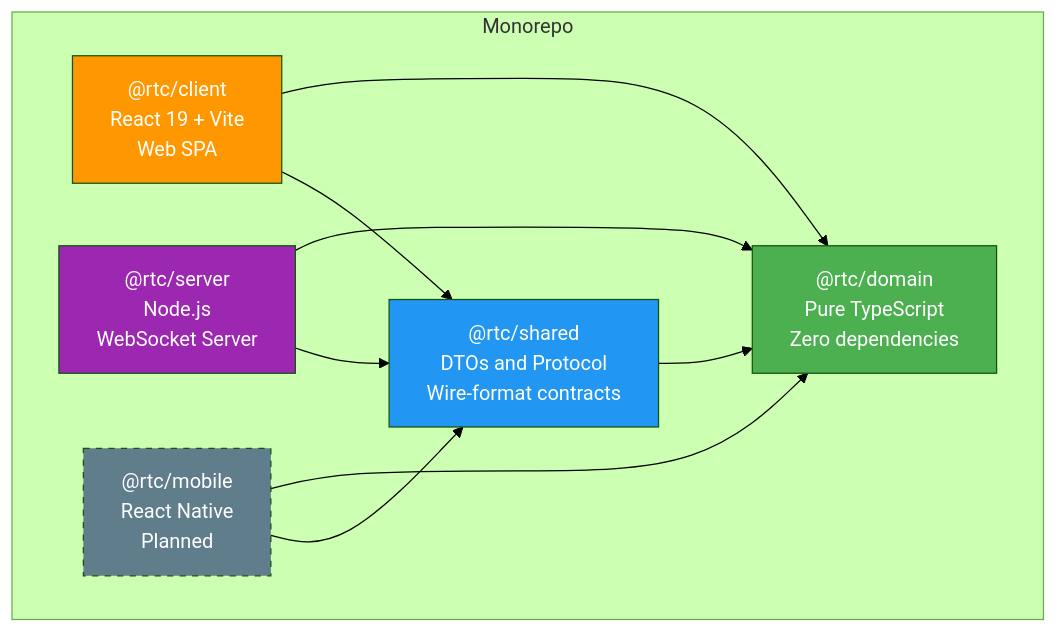
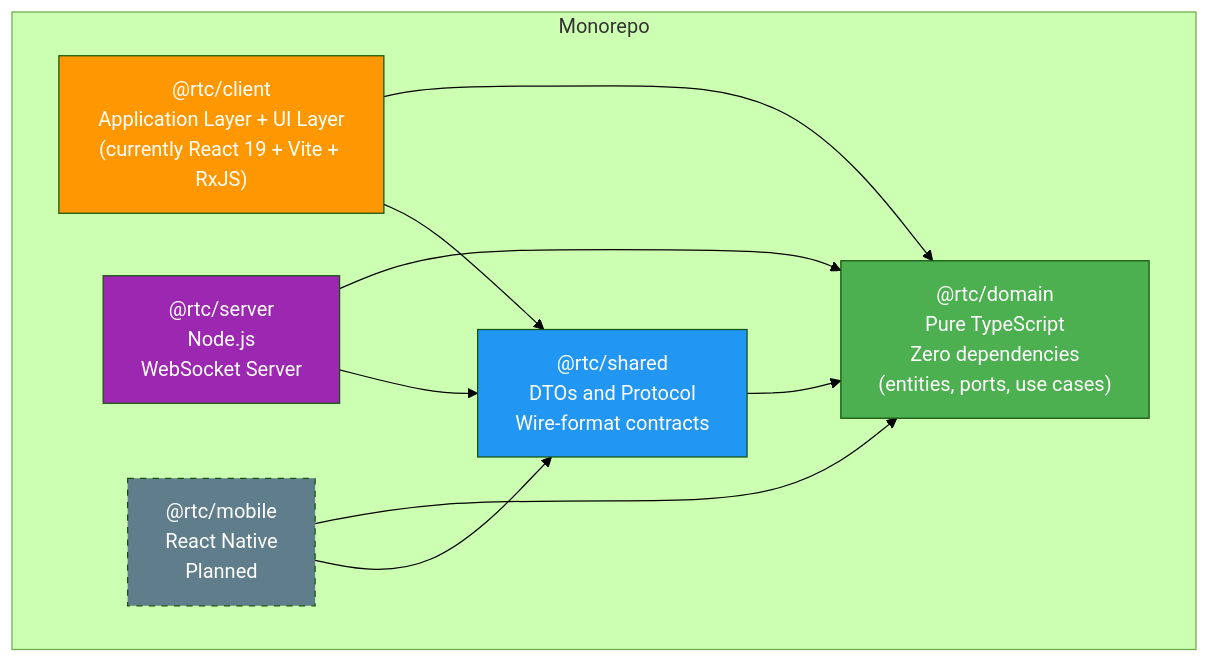
Diagram 18 of 18 in docs/architecture.md (bettersoftware-io/ReactiveTraderCloudClone), drawn with Mermaid (forest theme) before and after one commit. The commit also changed other lines of this file, not shown here.

First line of the commit message:
Revise architecture.md for stricter clean-architecture alignment

````diff
--- a/docs/architecture.md
+++ b/docs/architecture.md
@@ -703,24 +954,24 @@
 ```mermaid
 graph TB
     subgraph Monorepo
-        domain["@rtc/domain\nPure TypeScript\nZero dependencies"]
+        domain["@rtc/domain\nPure TypeScript\nZero dependencies\n(entities, ports, use cases)"]
         shared["@rtc/shared\nDTOs and Protocol\nWire-format contracts"]
-        client["@rtc/client\nReact 19 + Vite\nWeb SPA"]
+        client["@rtc/client\nApplication Layer + UI Layer\n(currently React 19 + Vite + RxJS)"]
         server["@rtc/server\nNode.js\nWebSocket Server"]
         mobile["@rtc/mobile\nReact Native\nPlanned"]
     end
 
     shared --> domain
     client --> domain
     client --> shared
     server --> domain
     server --> shared
     mobile --> domain
     mobile --> shared
 
     style domain fill:#4CAF50,color:#fff
     style shared fill:#2196F3,color:#fff
     style client fill:#FF9800,color:#fff
     style server fill:#9C27B0,color:#fff
     style mobile fill:#607D8B,color:#fff,stroke-dasharray: 5 5
 ```
````
